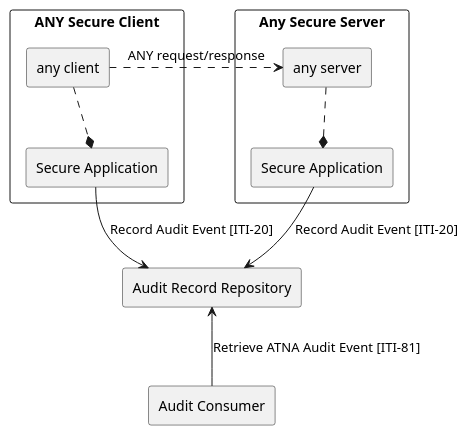
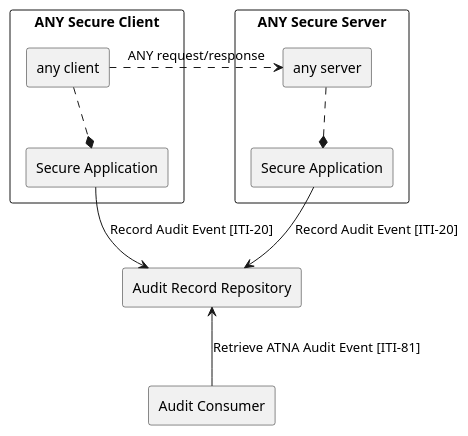
Before and after one commit to IHE/ITI.BasicAudit: the diagram in input/images-source/ActorContext.plantuml, drawn with PlantUML. The commit also changed 7 other files, not shown here.

Commit message:
minor wording updates, punctuation and capitalization updates, * to - for bullets, typo corrections, updated actorcontext.plantuml drawing, added square brackets around xaction numbers

```diff
--- a/input/images-source/ActorContext.plantuml
+++ b/input/images-source/ActorContext.plantuml
@@ -1,20 +1,20 @@
 @startuml
 rectangle "ANY Secure Client" {
   agent "any client" as cRest
   agent "Secure Application" as cAud
   cRest -down.* cAud 
 }
-rectangle "Any Secure Server" {
+rectangle "ANY Secure Server" {
   agent "Secure Application" as sAud
   agent "any server" as sRest
   sRest -down.* sAud
 }
 
 agent "Audit Record Repository" as AuditRepository
 agent "Audit Consumer" as AuditClient
 
 cRest -right..> sRest : ANY request/response
 sAud -down-> AuditRepository: Record Audit Event [ITI-20]
 cAud --> AuditRepository: Record Audit Event [ITI-20]
 AuditClient -up-> AuditRepository: Retrieve ATNA Audit Event [ITI-81]
 @enduml
```
